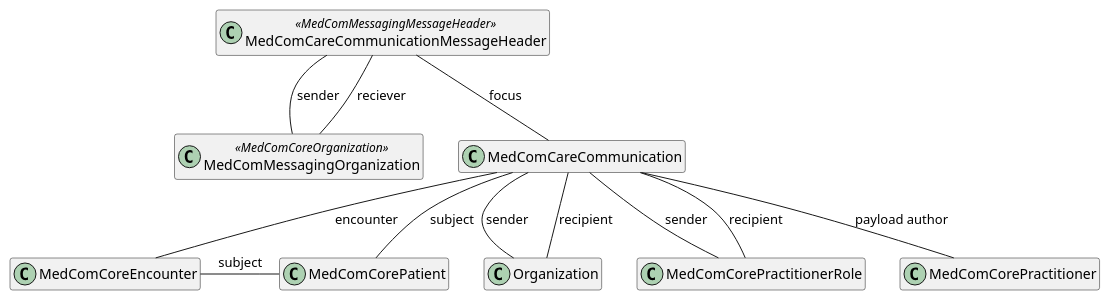
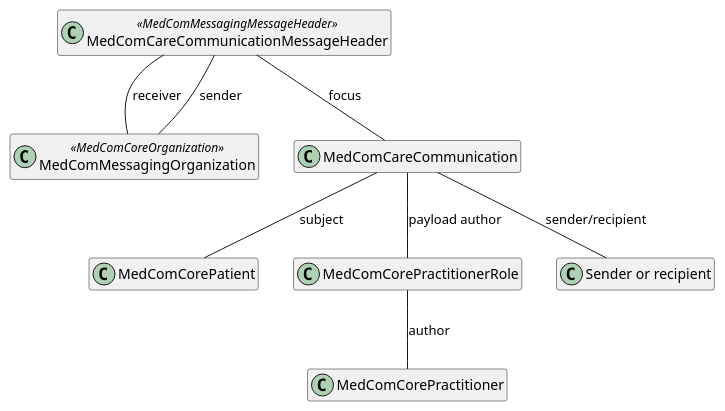
One commit to medcomdk/dk-medcom-carecommunication changed the diagram in puml/CareCommunicationMessageHeader.puml. Above: the diagram before and after it, drawn with PlantUML. The commit also changed 46 other files, not shown here.

```diff
--- a/puml/CareCommunicationMessageHeader.puml
+++ b/puml/CareCommunicationMessageHeader.puml
@@ -1,27 +1,25 @@
 @startuml CareCommunicationMessageHeader
 
 hide empty members
+
+top to bottom direction
 
 class "MedComCareCommunicationMessageHeader" as messageheader <<MedComMessagingMessageHeader>>
 class "MedComMessagingOrganization" as messagingOrganization <<MedComCoreOrganization>>
 class "MedComCareCommunication" as communication
 class "MedComCorePatient" as patient
-class "MedComCoreEncounter" as encounter
-class "Organization" as recipientOrganization 
-class "MedComCorePractitionerRole" as recipientRole
+class "MedComCorePractitionerRole" as authorRole
+class "Sender or recipient" as senderRec
 class "MedComCorePractitioner" as author
 
 
+messageheader -- communication : "focus"
+communication -- patient : "subject"
+communication -- authorRole : "payload author"
+communication -- senderRec : "sender/recipient"
+authorRole -- author : "author"
+
+
+messageheader -- messagingOrganization : "receiver"
 messageheader -- messagingOrganization : "sender"
-messageheader -- messagingOrganization : "reciever"
-messageheader -- communication : "focus"
-communication -- encounter : "encounter"
-communication -- patient : "subject"
-communication -- recipientOrganization : "sender"
-communication -- recipientRole : "sender"
-communication -- recipientOrganization : "recipient"
-communication -- recipientRole : "recipient"
-communication -- author : "payload author"
-
-encounter -patient :"subject"
 @enduml
```
